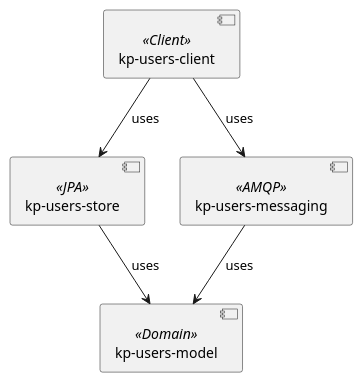
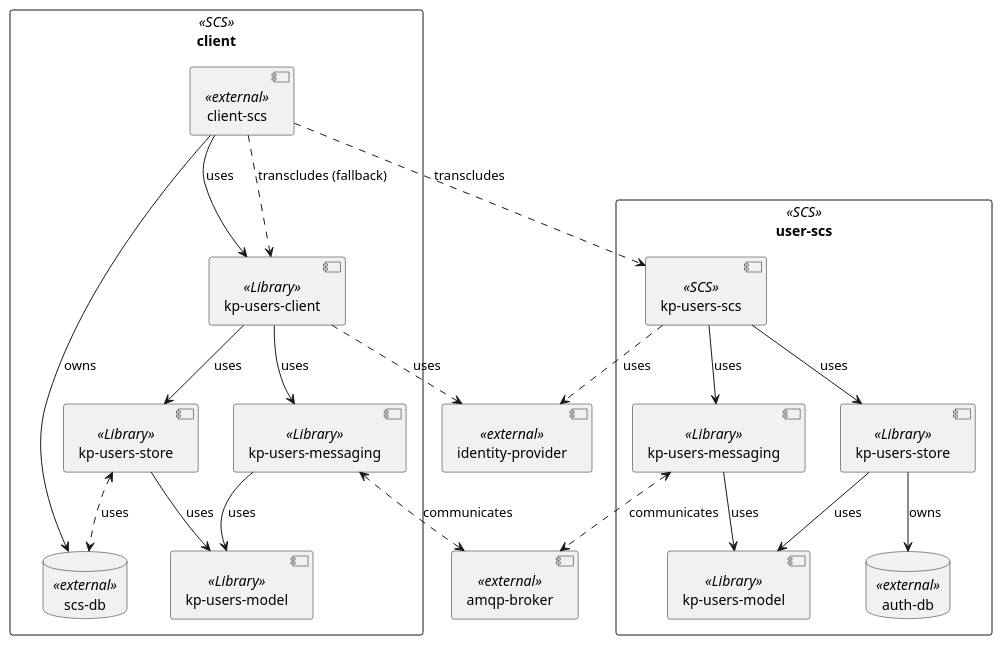
Before and after one commit to KaiserpfalzEDV/kp-commons: the diagram in modules/kp-users-root/docs/modules/arc42/pages/05_building_block_view/index.adoc, drawn with PlantUML. The commit also changed other lines of this file and 20 other files, not shown here.

```diff
--- a/modules/kp-users-root/docs/modules/arc42/pages/05_building_block_view/index.adoc
+++ b/modules/kp-users-root/docs/modules/arc42/pages/05_building_block_view/index.adoc
@@ -11,16 +11,57 @@
 [plantuml,building-block-overview,svg]
 ----
 @startuml building-block-overview
 
-component "kp-users-model" <<Domain>> as model
-component "kp-users-store" <<JPA>> as store
-component "kp-users-messaging" <<AMQP>> as messaging
-component "kp-users-client" <<Client>> as client
 
+together {
+  rectangle "client" <<SCS>> as clients {
+    component "client-scs" <<external>> as otherscs
+    database "scs-db" <<external>> as db
+
+    component "kp-users-client" <<Library>> as client
+    component "kp-users-model" <<Library>> as model
+    component "kp-users-store" <<Library>> as store
+    component "kp-users-messaging" <<Library>> as messaging
+  }
+  component "amqp-broker" <<external>> as broker
+  component "identity-provider" <<external>> as idp
+}
+
+rectangle "user-scs" <<SCS>> as userscs {
+  component "kp-users-scs" <<SCS>> as scs
+
+  component "kp-users-model" <<Library>> as authmodel
+  component "kp-users-store" <<Library>> as authstore
+  component "kp-users-messaging" <<Library>> as authmessaging
+
+  database "auth-db" <<external>> as authdb
+}
+
+
+scs --> authstore : uses
+scs --> authmessaging : uses
+authstore --> authmodel : uses
+authmessaging --> authmodel : uses
+
+
+client --> store : uses
+client --> messaging : uses
+client ..> idp : uses
 store --> model : uses
 messaging --> model : uses
-client --> store : uses
-client --> messaging : uses
+
+otherscs --> client : uses
+otherscs --> db : owns
+
+authmessaging <..> broker : communicates
+messaging <..> broker : communicates
+
+authstore --> authdb : owns
+scs ..> idp : uses
+store <..> db : uses
+
+otherscs ..> scs : transcludes
+otherscs ..> client : transcludes (fallback)
 
 @enduml
 ----
```
